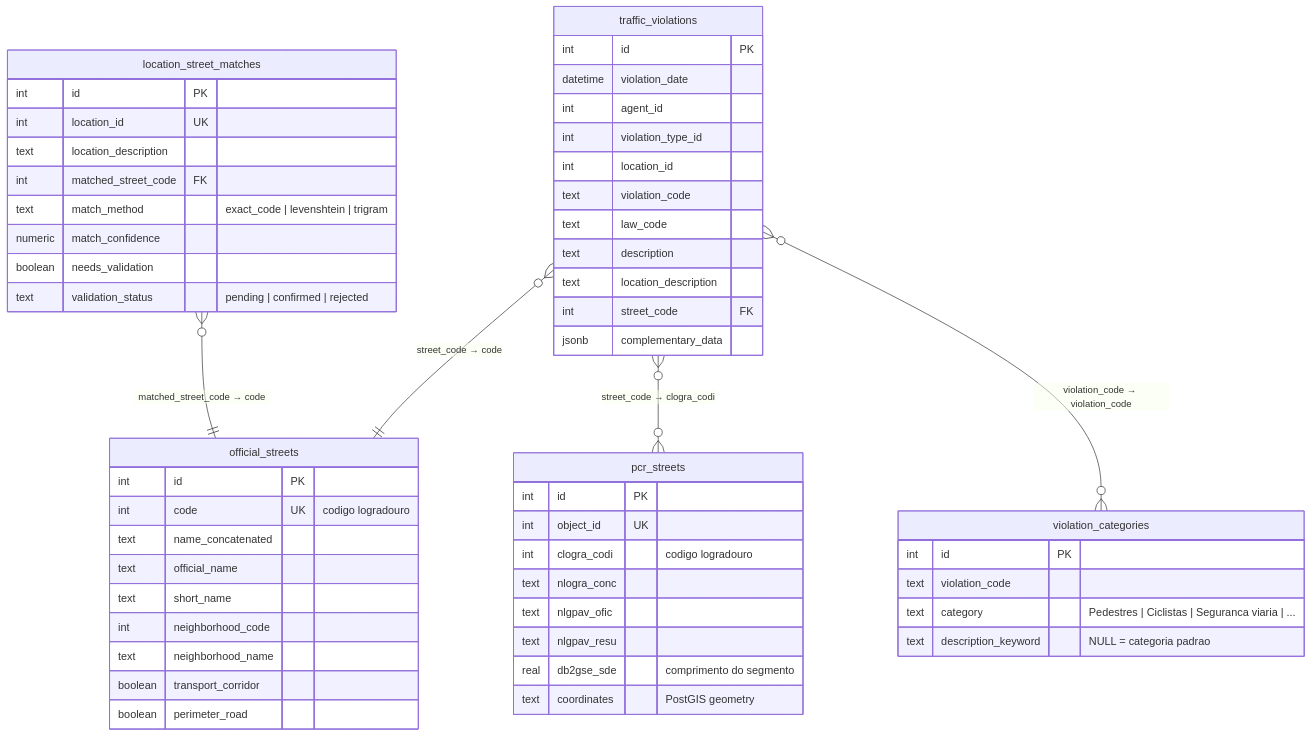
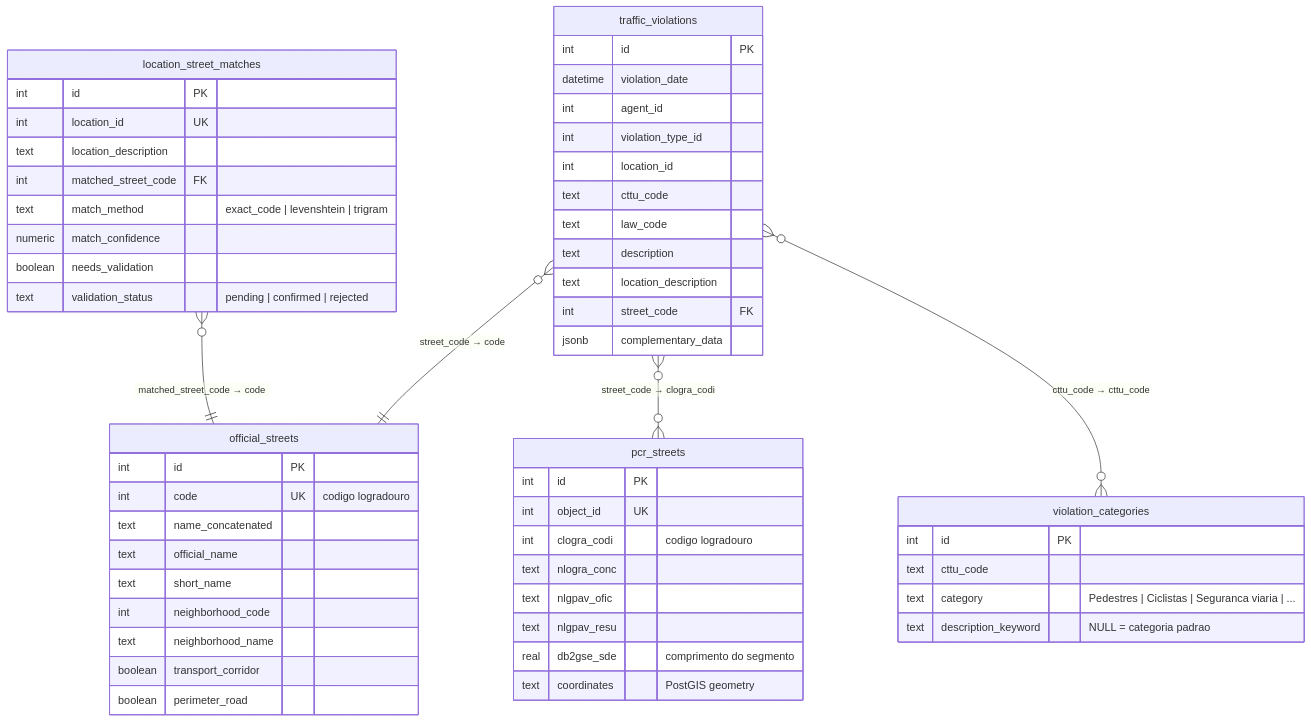
The first of 2 diagrams in apps/traffic-violations/ANALISE_DADOS.md (Ameciclo/atlas), drawn with Mermaid before and after one commit. The commit also changed other lines of this file and 51 other files, not shown here.

First line of the commit message:
feat: consolidate schema, seeds, migrations, and APIs across apps

````diff
--- a/apps/traffic-violations/ANALISE_DADOS.md
+++ b/apps/traffic-violations/ANALISE_DADOS.md
@@ -5,62 +5,62 @@
 ```mermaid
 erDiagram
     traffic_violations {
         int id PK
         datetime violation_date
         int agent_id
         int violation_type_id
         int location_id
-        text violation_code
+        text cttu_code
         text law_code
         text description
         text location_description
         int street_code FK
         jsonb complementary_data
     }
 
     official_streets {
         int id PK
         int code UK "codigo logradouro"
         text name_concatenated
         text official_name
         text short_name
         int neighborhood_code
         text neighborhood_name
         boolean transport_corridor
         boolean perimeter_road
     }
 
     pcr_streets {
         int id PK
         int object_id UK
         int clogra_codi "codigo logradouro"
         text nlogra_conc
         text nlgpav_ofic
         text nlgpav_resu
         real db2gse_sde "comprimento do segmento"
         text coordinates "PostGIS geometry"
     }
 
     violation_categories {
         int id PK
-        text violation_code
+        text cttu_code
         text category "Pedestres | Ciclistas | Seguranca viaria | ..."
         text description_keyword "NULL = categoria padrao"
     }
 
     location_street_matches {
         int id PK
         int location_id UK
         text location_description
         int matched_street_code FK
         text match_method "exact_code | levenshtein | trigram"
         numeric match_confidence
         boolean needs_validation
         text validation_status "pending | confirmed | rejected"
     }
 
     traffic_violations }o--|| official_streets : "street_code → code"
     traffic_violations }o--o{ pcr_streets : "street_code → clogra_codi"
-    traffic_violations }o--o{ violation_categories : "violation_code → violation_code"
+    traffic_violations }o--o{ violation_categories : "cttu_code → cttu_code"
     location_street_matches }o--|| official_streets : "matched_street_code → code"
 ```
````
